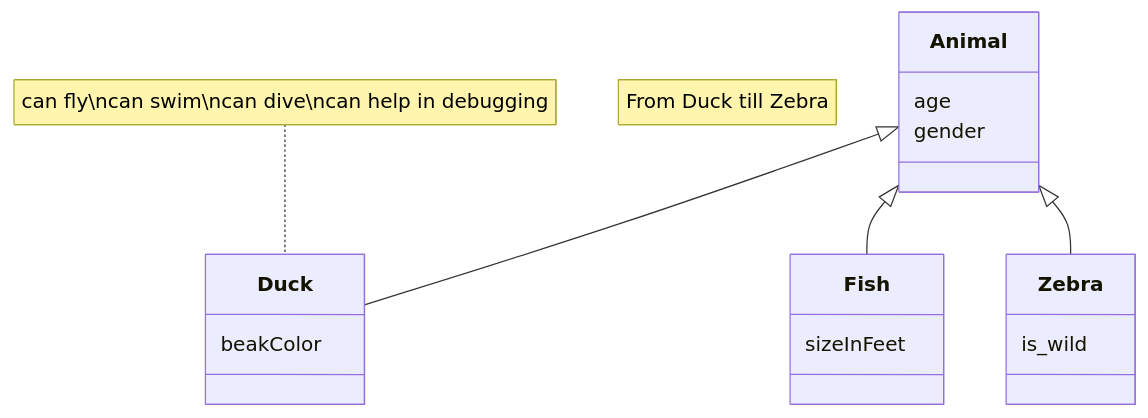
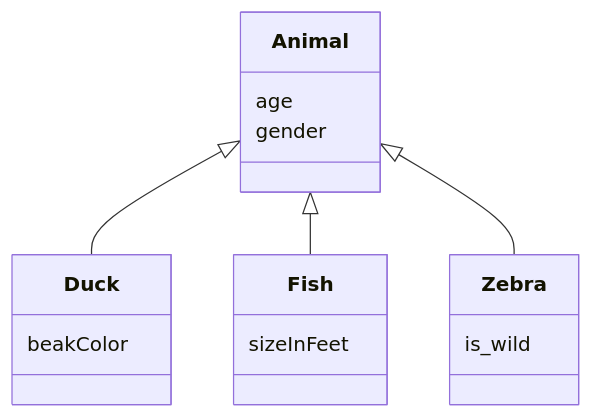
Before and after one commit to laucss/dp1-2025-2026-l2-01-julio: the diagram in docs/deliverables/D1/Análisis de requisitos del sistema.md, drawn with Mermaid. The commit also changed other lines of this file, not shown here.

````diff
--- a/docs/deliverables/D1/Análisis de requisitos del sistema.md
+++ b/docs/deliverables/D1/Análisis de requisitos del sistema.md
@@ -67,20 +87,18 @@
 ```mermaid
 classDiagram
-    note "From Duck till Zebra"
     Animal <|-- Duck
-    note for Duck "can fly\ncan swim\ncan dive\ncan help in debugging"
     Animal <|-- Fish
     Animal <|-- Zebra
     Animal : age
     Animal : gender
     class Duck{
         beakColor        
     }
     class Fish{
        sizeInFeet
     }
     class Zebra{
         is_wild
         
     }
 ```
````
